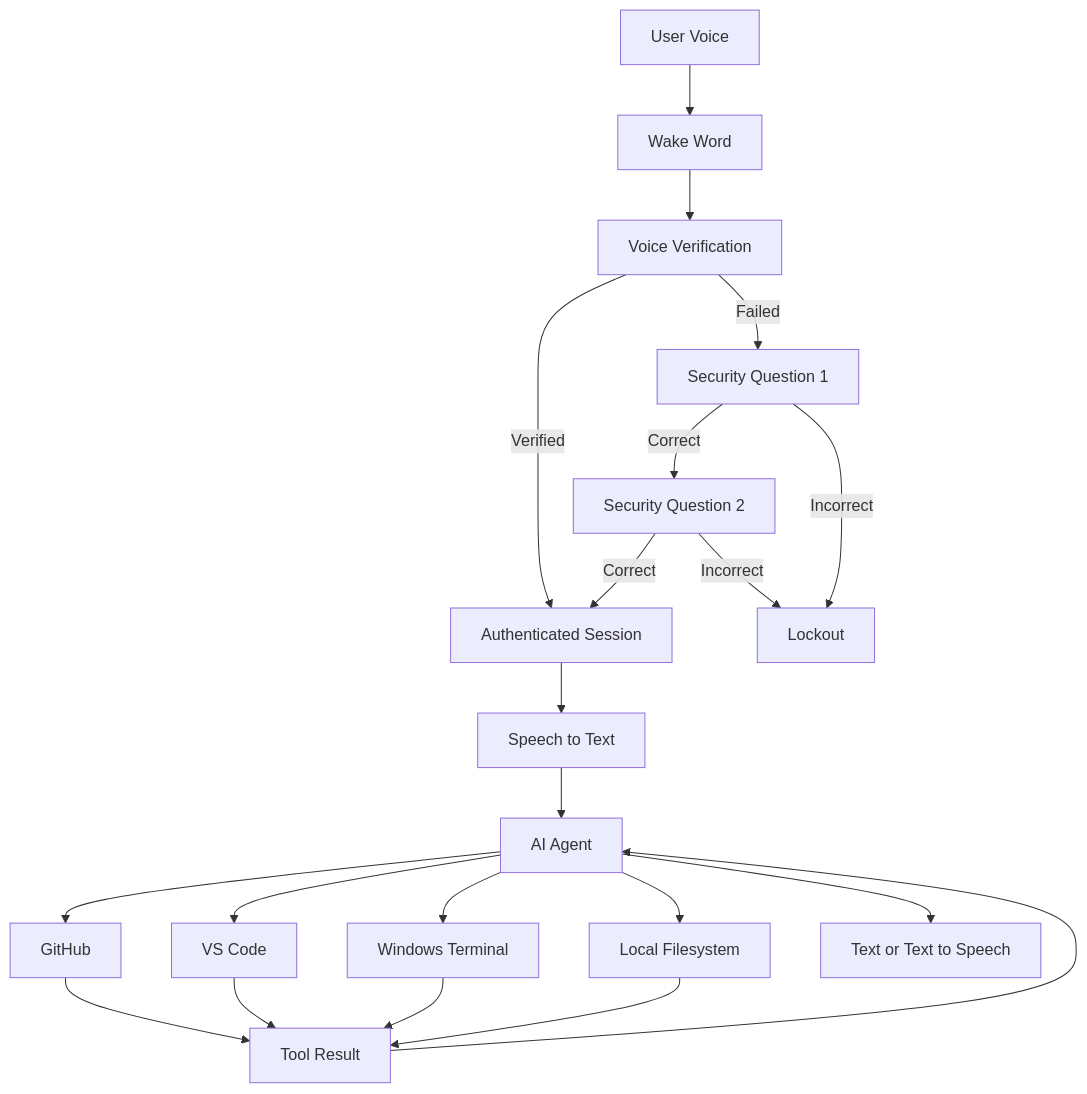
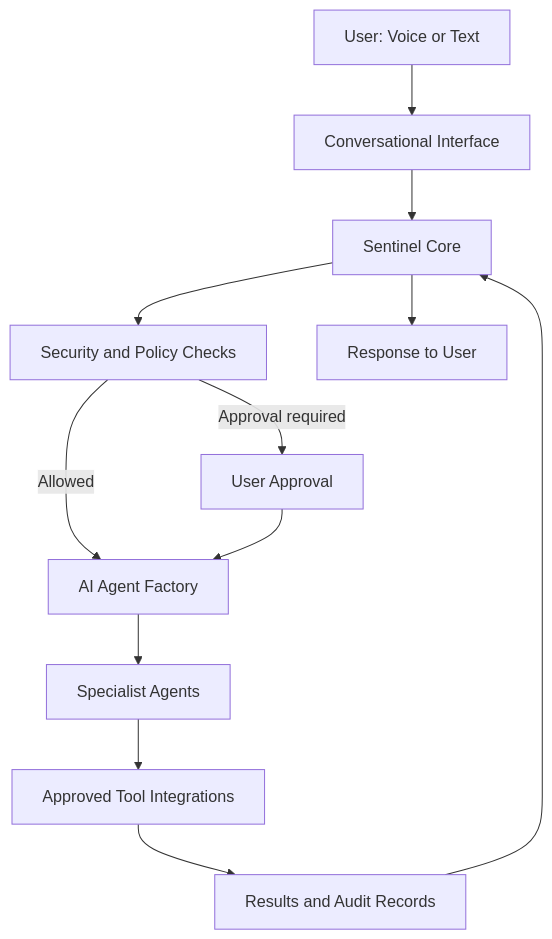
The diagram in README.md (MD0210/Sentinel-AI), drawn with Mermaid before and after one commit. The commit also changed other lines of this file, not shown here.

Commit message:
docs: reposition README around Sentinel AI ecosystem

````diff
--- a/README.md
+++ b/README.md
@@ -127,26 +125,14 @@
 ```mermaid
 flowchart TD
-    user[User Voice] --> wake[Wake Word]
-    wake --> verify[Voice Verification]
-    verify -->|Verified| session[Authenticated Session]
-    verify -->|Failed| q1[Security Question 1]
-    q1 -->|Correct| q2[Security Question 2]
-    q1 -->|Incorrect| lock[Lockout]
-    q2 -->|Correct| session
-    q2 -->|Incorrect| lock
-
-    session --> stt[Speech to Text]
-    stt --> agent[AI Agent]
-    agent --> github[GitHub]
-    agent --> vscode[VS Code]
-    agent --> terminal[Windows Terminal]
-    agent --> files[Local Filesystem]
-
-    github --> result[Tool Result]
-    vscode --> result
-    terminal --> result
-    files --> result
-
-    result --> agent
-    agent --> response[Text or Text to Speech]
+    user[User: Voice or Text] --> interface[Conversational Interface]
+    interface --> core[Sentinel Core]
+    core --> policy[Security and Policy Checks]
+    policy -->|Allowed| factory[AI Agent Factory]
+    policy -->|Approval required| approval[User Approval]
+    approval --> factory
+    factory --> agents[Specialist Agents]
+    agents --> tools[Approved Tool Integrations]
+    tools --> audit[Results and Audit Records]
+    audit --> core
+    core --> response[Response to User]
 ```
````
